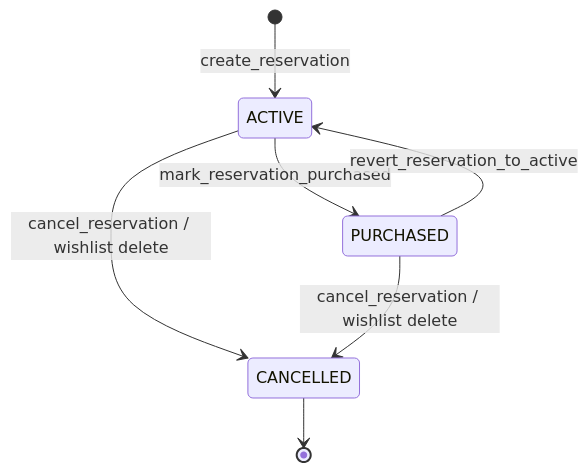
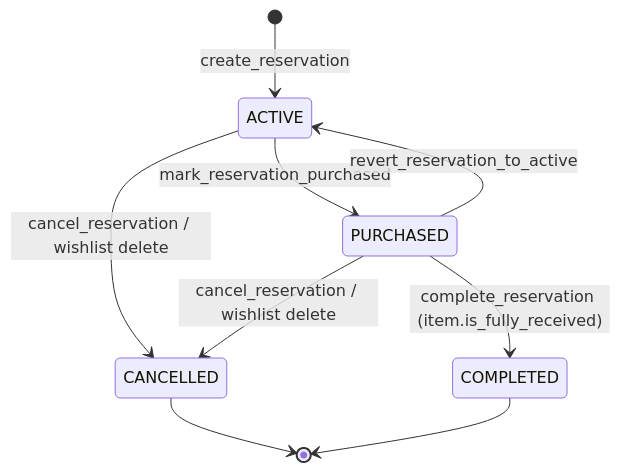
Before and after one commit to koctep/wishenka: the second of 2 diagrams in doc/dev/reservations.md, drawn with Mermaid. The commit also changed other lines of this file and 29 other files, not shown here.

Commit message:
feat(reservations): WISHENKA-219 complete purchased promises with delivery fence

````diff
--- a/doc/dev/reservations.md
+++ b/doc/dev/reservations.md
@@ -111,9 +113,11 @@
 ```mermaid
 stateDiagram-v2
     [*] --> ACTIVE: create_reservation
     ACTIVE --> PURCHASED: mark_reservation_purchased
     PURCHASED --> ACTIVE: revert_reservation_to_active
     ACTIVE --> CANCELLED: cancel_reservation / wishlist delete
     PURCHASED --> CANCELLED: cancel_reservation / wishlist delete
+    PURCHASED --> COMPLETED: complete_reservation (item.is_fully_received)
     CANCELLED --> [*]
+    COMPLETED --> [*]
 ```
````
